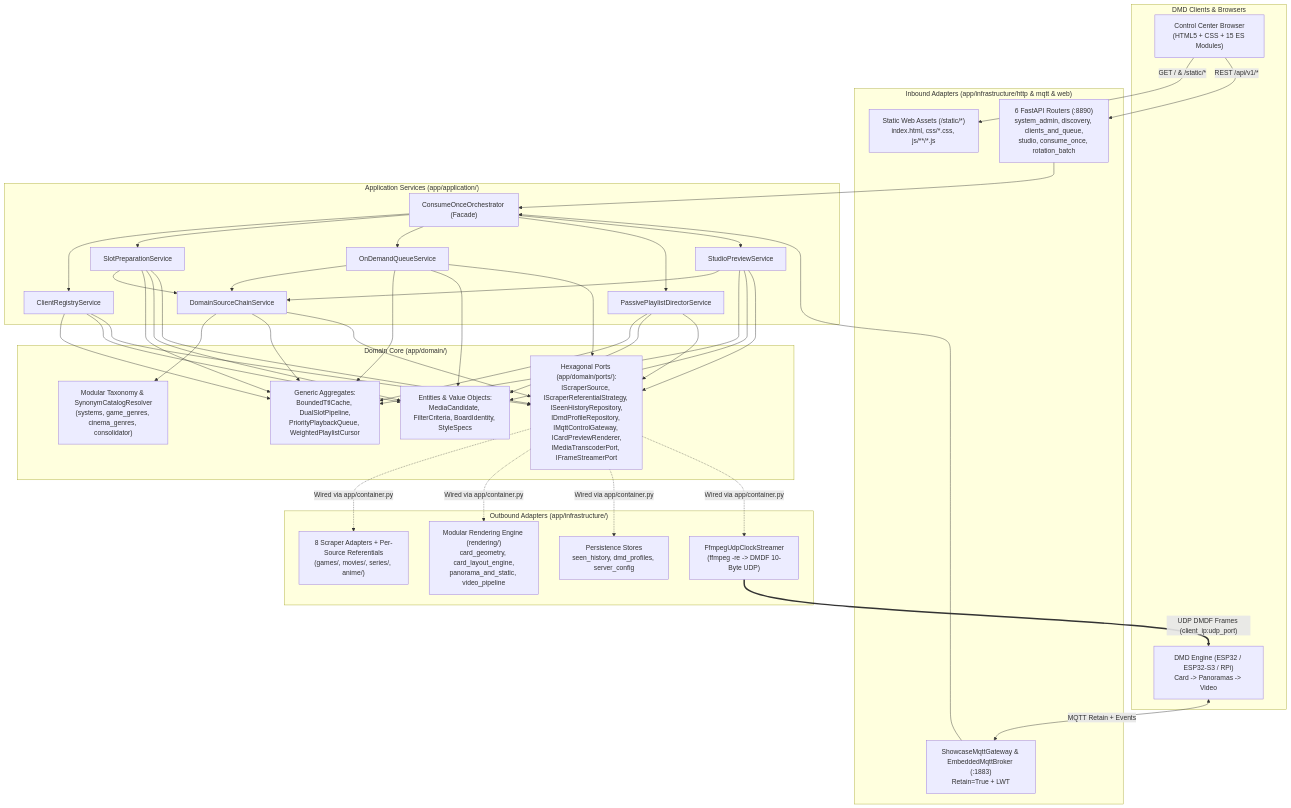
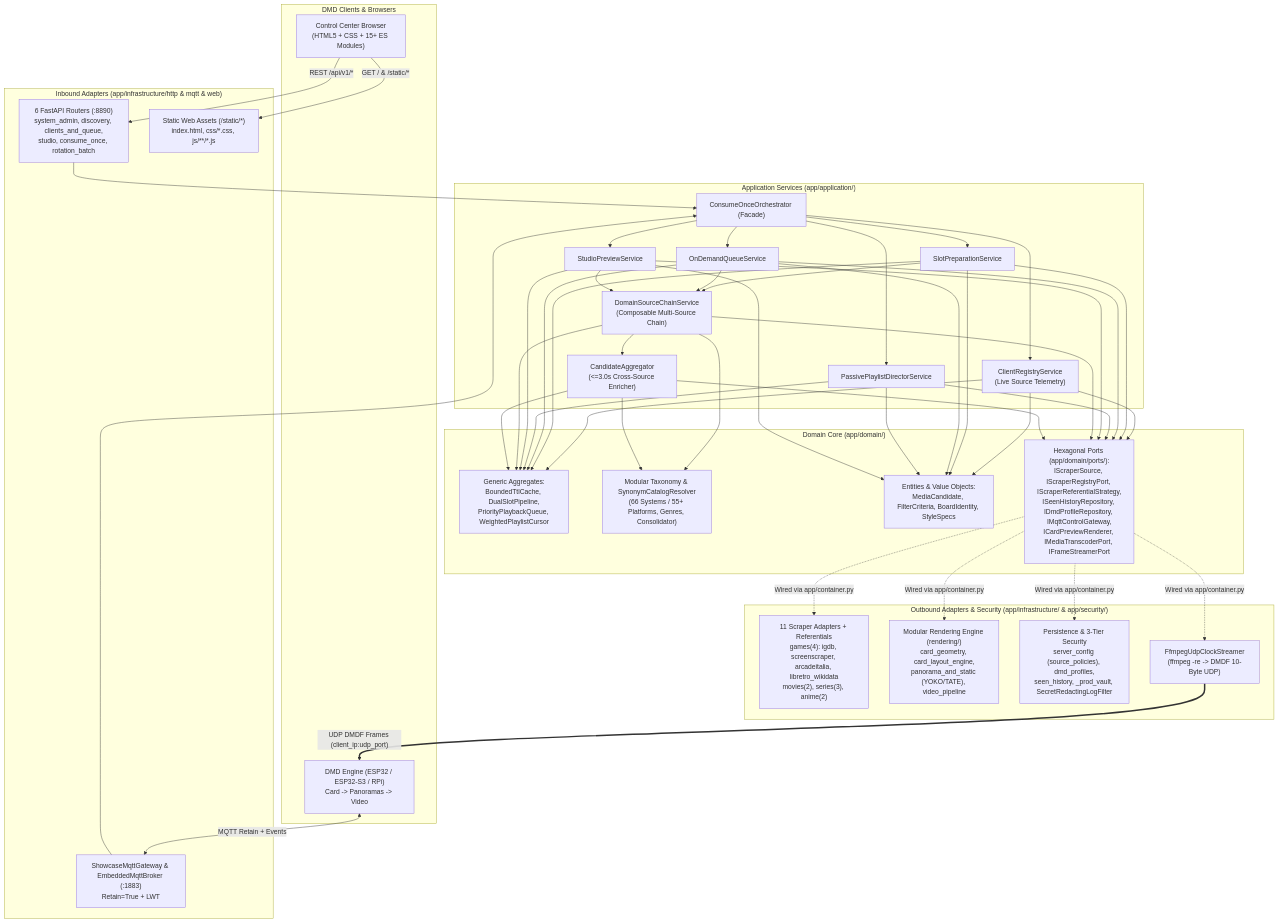
The first of 2 diagrams in docs/ARCHITECTURE.md (red77290/dmd_media_showcase), drawn with Mermaid before and after one commit. The commit also changed other lines of this file and 88 other files, not shown here.

````diff
--- a/docs/ARCHITECTURE.md
+++ b/docs/ARCHITECTURE.md
@@ -18,49 +18,51 @@
 ```mermaid
 flowchart TD
     subgraph DMD["DMD Clients & Browsers"]
-        BROWSER["Control Center Browser\n(HTML5 + CSS + 15 ES Modules)"]
+        BROWSER["Control Center Browser\n(HTML5 + CSS + 15+ ES Modules)"]
         ENG["DMD Engine (ESP32 / ESP32-S3 / RPi)\nCard -> Panoramas -> Video"]
     end
 
     subgraph INFRA_IN["Inbound Adapters (app/infrastructure/http & mqtt & web)"]
         ROUTERS["6 FastAPI Routers (:8890)\nsystem_admin, discovery, clients_and_queue,\nstudio, consume_once, rotation_batch"]
         STATIC["Static Web Assets (/static/*)\nindex.html, css/*.css, js/**/*.js"]
         MQTT["ShowcaseMqttGateway & EmbeddedMqttBroker (:1883)\nRetain=True + LWT"]
     end
 
     subgraph APP["Application Services (app/application/)"]
         ORCH["ConsumeOnceOrchestrator (Facade)"]
-        REG_SVC["ClientRegistryService"]
+        REG_SVC["ClientRegistryService\n(Live Source Telemetry)"]
         PREP_SVC["SlotPreparationService"]
         QUEUE_SVC["OnDemandQueueService"]
         DIR_SVC["PassivePlaylistDirectorService"]
         STUDIO_SVC["StudioPreviewService"]
-        CHAIN["DomainSourceChainService"]
+        CHAIN["DomainSourceChainService\n(Composable Multi-Source Chain)"]
+        AGG_SVC["CandidateAggregator\n(<=3.0s Cross-Source Enricher)"]
     end
 
     subgraph DOMAIN["Domain Core (app/domain/)"]
         AGG["Generic Aggregates:\nBoundedTtlCache, DualSlotPipeline,\nPriorityPlaybackQueue, WeightedPlaylistCursor"]
-        TAX["Modular Taxonomy & SynonymCatalogResolver\n(systems, game_genres, cinema_genres, consolidator)"]
+        TAX["Modular Taxonomy & SynonymCatalogResolver\n(66 Systems / 55+ Platforms, Genres, Consolidator)"]
         VO["Entities & Value Objects:\nMediaCandidate, FilterCriteria, BoardIdentity, StyleSpecs"]
-        PORTS["Hexagonal Ports (app/domain/ports/):\nIScraperSource, IScraperReferentialStrategy, ISeenHistoryRepository,\nIDmdProfileRepository, IMqttControlGateway, ICardPreviewRenderer,\nIMediaTranscoderPort, IFrameStreamerPort"]
+        PORTS["Hexagonal Ports (app/domain/ports/):\nIScraperSource, IScraperRegistryPort, IScraperReferentialStrategy,\nISeenHistoryRepository, IDmdProfileRepository, IMqttControlGateway,\nICardPreviewRenderer, IMediaTranscoderPort, IFrameStreamerPort"]
     end
 
-    subgraph INFRA_OUT["Outbound Adapters (app/infrastructure/)"]
-        SCRAPERS["8 Scraper Adapters + Per-Source Referentials\n(games/, movies/, series/, anime/)"]
-        RENDER["Modular Rendering Engine (rendering/)\ncard_geometry, card_layout_engine,\npanorama_and_static, video_pipeline"]
-        PERSIST["Persistence Stores\nseen_history, dmd_profiles, server_config"]
+    subgraph INFRA_OUT["Outbound Adapters & Security (app/infrastructure/ & app/security/)"]
+        SCRAPERS["11 Scraper Adapters + Referentials\ngames(4): igdb, screenscraper, arcadeitalia, libretro_wikidata\nmovies(2), series(3), anime(2)"]
+        RENDER["Modular Rendering Engine (rendering/)\ncard_geometry, card_layout_engine,\npanorama_and_static (YOKO/TATE), video_pipeline"]
+        PERSIST["Persistence & 3-Tier Security\nserver_config (source_policies), dmd_profiles,\nseen_history, _prod_vault, SecretRedactingLogFilter"]
         UDP["FfmpegUdpClockStreamer\n(ffmpeg -re -> DMDF 10-Byte UDP)"]
     end
 
     BROWSER -->|"GET / & /static/*"| STATIC
     BROWSER -->|"REST /api/v1/*"| ROUTERS
     ENG <-->|"MQTT Retain + Events"| MQTT
     ROUTERS --> ORCH
     MQTT --> ORCH
     ORCH --> REG_SVC & PREP_SVC & QUEUE_SVC & DIR_SVC & STUDIO_SVC
     PREP_SVC & QUEUE_SVC & STUDIO_SVC --> CHAIN
+    CHAIN --> AGG_SVC
     REG_SVC & PREP_SVC & QUEUE_SVC & DIR_SVC & STUDIO_SVC --> AGG & VO & PORTS
-    CHAIN --> TAX & AGG & PORTS
+    CHAIN & AGG_SVC --> TAX & AGG & PORTS
     PORTS -.->|"Wired via app/container.py"| SCRAPERS & RENDER & PERSIST & UDP
     UDP ==>|"UDP DMDF Frames (client_ip:udp_port)"| ENG
 ```
````
